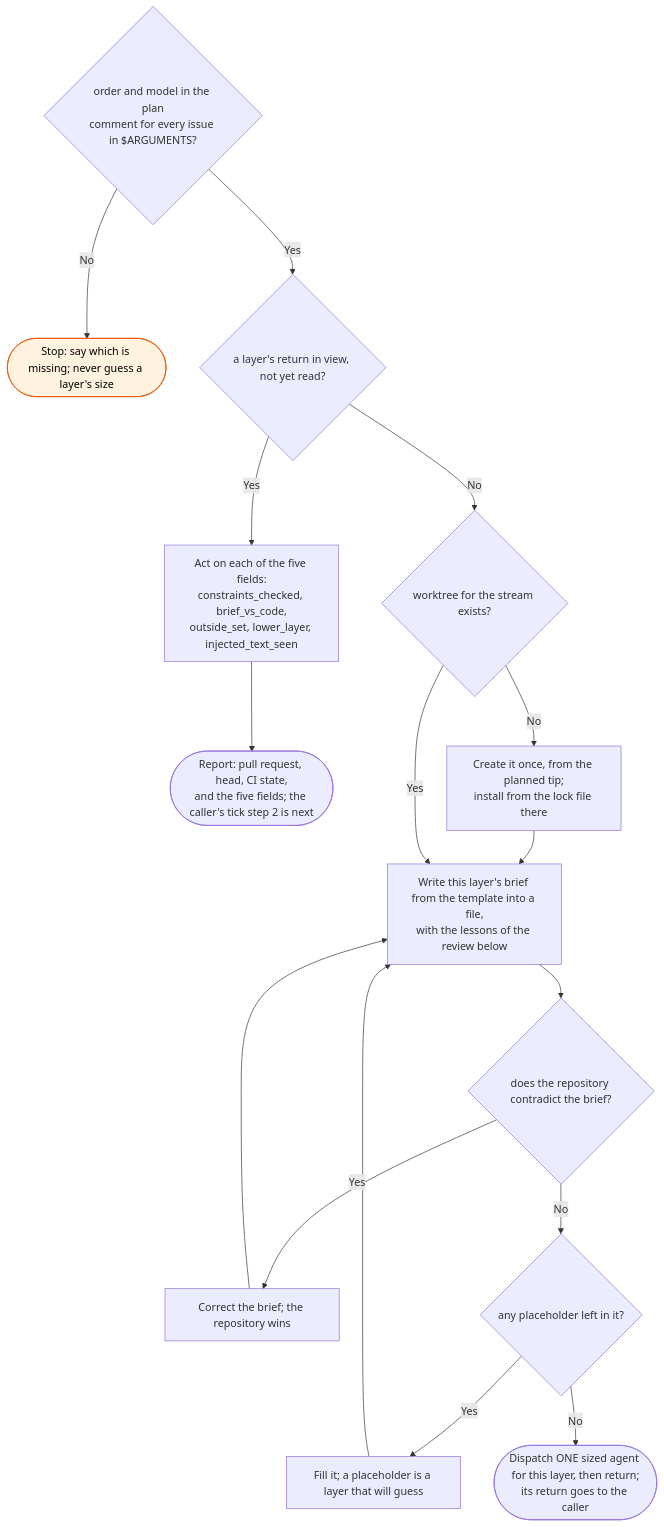
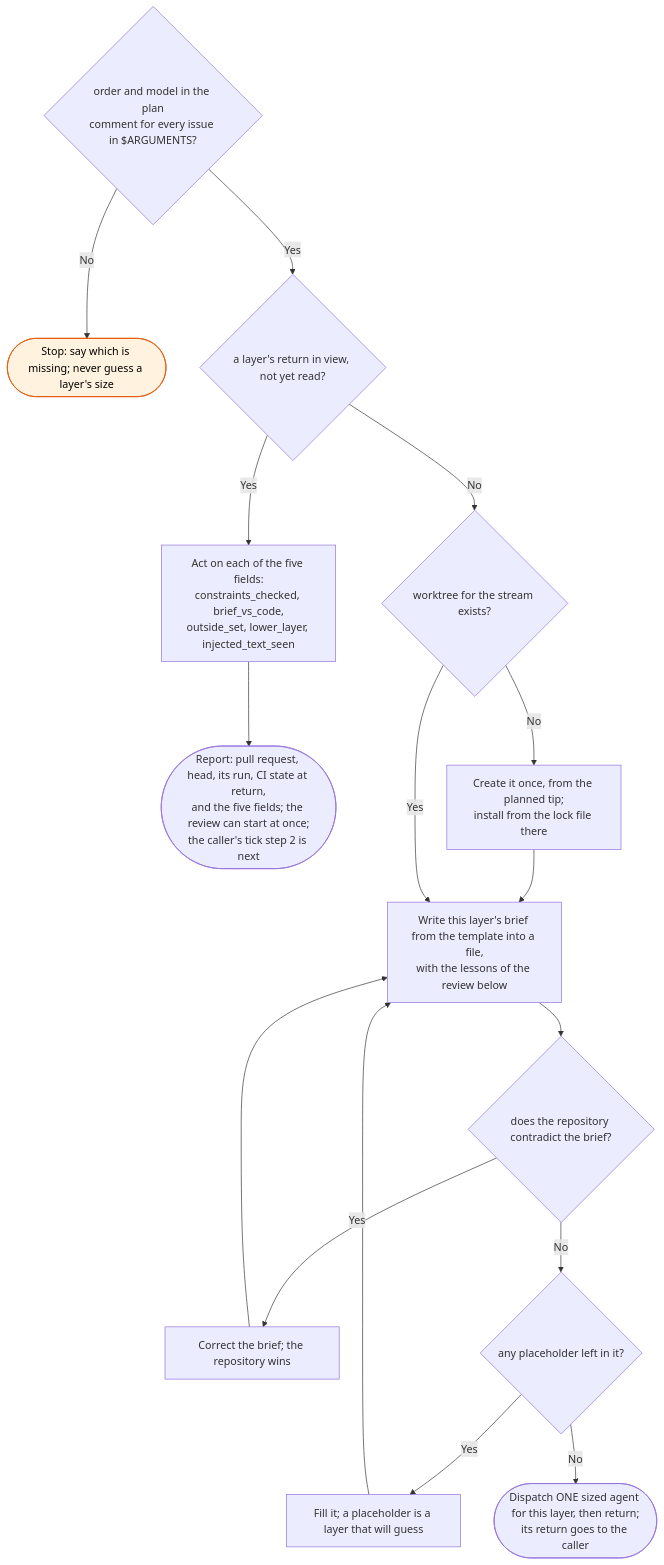
Before and after one commit to bje-settings/claude: the diagram in docs/flows/workstreams/stream/_skill-flow.md, drawn with Mermaid. The commit also changed 13 other files, not shown here.

First line of the commit message:
fix(workstreams): start review round 1 when the PR opens, not after CI (#388)

````diff
--- a/docs/flows/workstreams/stream/_skill-flow.md
+++ b/docs/flows/workstreams/stream/_skill-flow.md
@@ -15,20 +15,20 @@
 ```mermaid
 flowchart TD
     C{order and model in the plan<br/>comment for every issue in $ARGUMENTS?}
     C -->|No| C1([Stop: say which is missing; never guess a layer's size]):::stop
     C -->|Yes| R{a layer's return in view, not yet read?}
 
     R -->|Yes| S[Act on each of the five fields:<br/>constraints_checked, brief_vs_code,<br/>outside_set, lower_layer, injected_text_seen]
-    S --> S1([Report: pull request, head, CI state,<br/>and the five fields; the caller's tick step 2 is next])
+    S --> S1([Report: pull request, head, its run, CI state at return,<br/>and the five fields; the review can start at once;<br/>the caller's tick step 2 is next])
 
     R -->|No| D{worktree for the stream exists?}
     D -->|No| D1[Create it once, from the planned tip;<br/>install from the lock file there] --> E
     D -->|Yes| E[Write this layer's brief from the template into a file,<br/>with the lessons of the review below]
     E --> F{does the repository contradict the brief?}
     F -->|Yes| F1[Correct the brief; the repository wins] --> E
     F -->|No| G{any placeholder left in it?}
     G -->|Yes| G1[Fill it; a placeholder is a layer that will guess] --> E
     G -->|No| H([Dispatch ONE sized agent for this layer, then return;<br/>its return goes to the caller])
 
     classDef stop fill:#fff3e0,stroke:#e65100,color:#000
 ```
````
